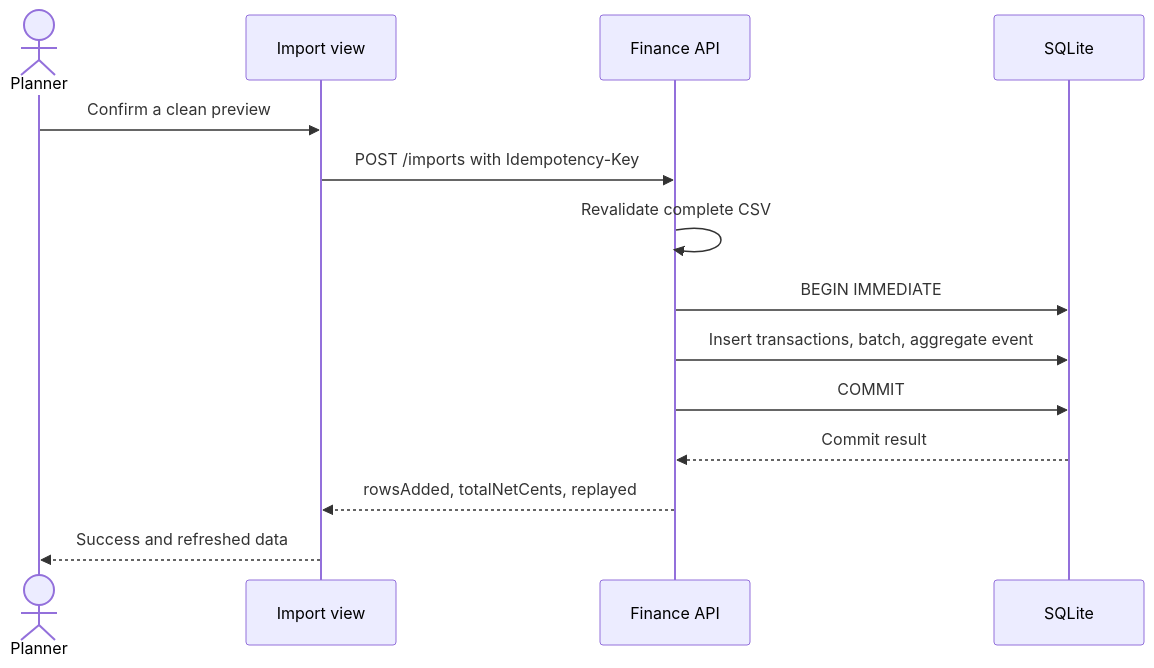
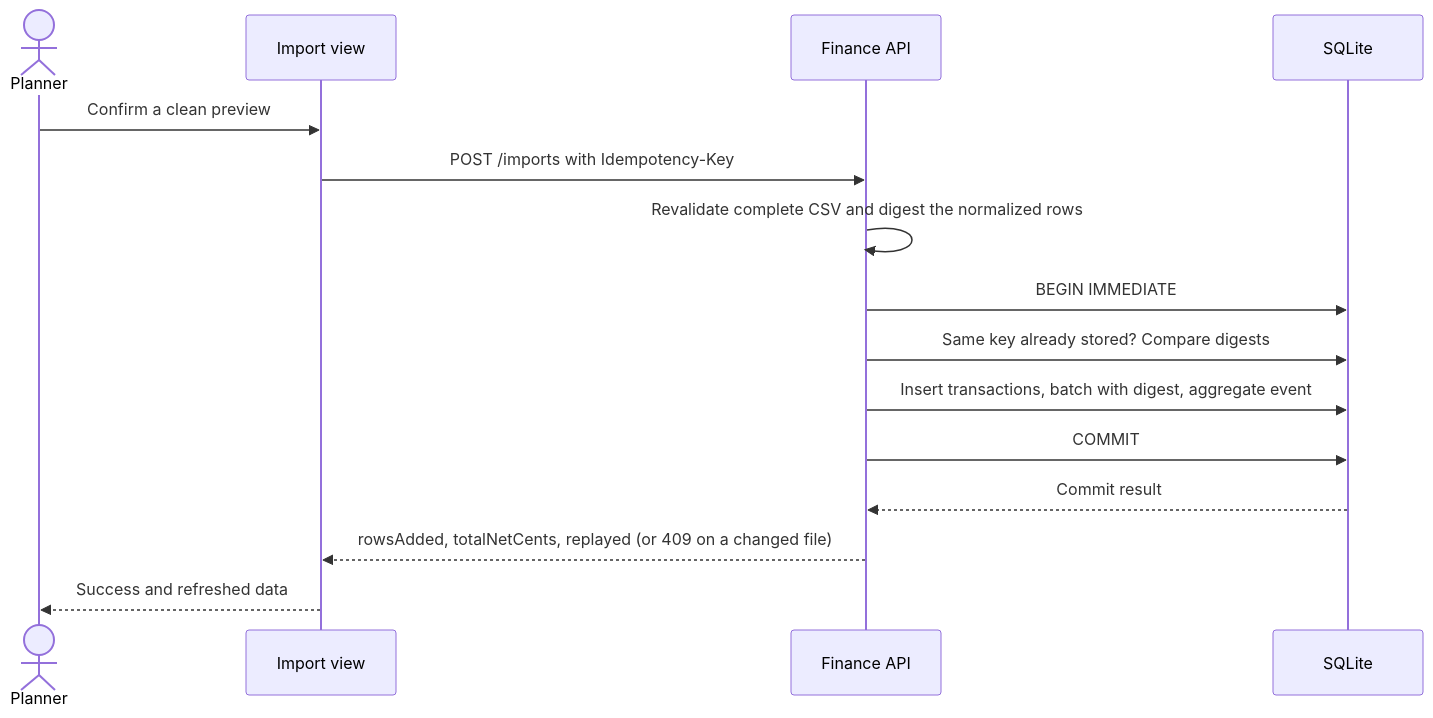
One commit to gopichand-retail-apps/wealthtrack-backend changed the ninth of 14 diagrams in docs/architecture.md. Above: the diagram before and after it, drawn with Mermaid. The commit also changed other lines of this file and 12 other files, not shown here.

````diff
--- a/docs/architecture.md
+++ b/docs/architecture.md
@@ -193,16 +193,17 @@
 ```mermaid
 sequenceDiagram
   actor Planner
   participant UI as Import view
   participant API as Finance API
   participant DB as SQLite
   Planner->>UI: Confirm a clean preview
   UI->>API: POST /imports with Idempotency-Key
-  API->>API: Revalidate complete CSV
+  API->>API: Revalidate complete CSV and digest the normalized rows
   API->>DB: BEGIN IMMEDIATE
-  API->>DB: Insert transactions, batch, aggregate event
+  API->>DB: Same key already stored? Compare digests
+  API->>DB: Insert transactions, batch with digest, aggregate event
   API->>DB: COMMIT
   DB-->>API: Commit result
-  API-->>UI: rowsAdded, totalNetCents, replayed
+  API-->>UI: rowsAdded, totalNetCents, replayed (or 409 on a changed file)
   UI-->>Planner: Success and refreshed data
 ```
````
